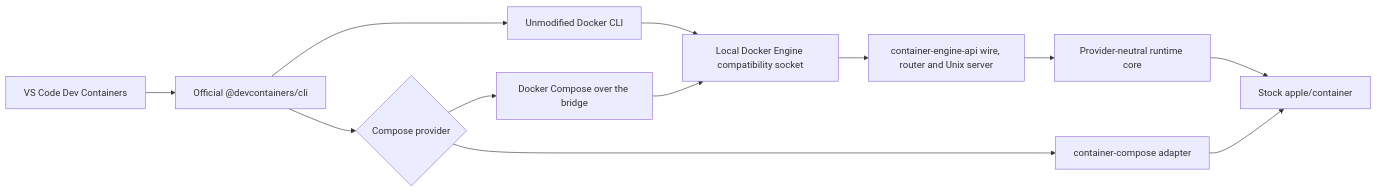
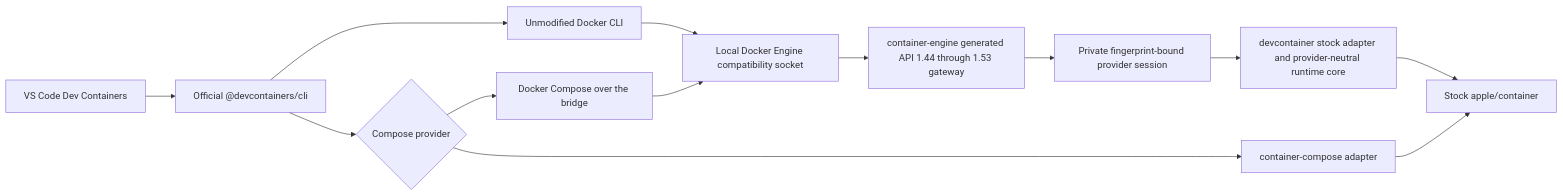
The diagram in README.md (stephenlclarke/devcontainer), drawn with Mermaid before and after one commit. The commit also changed other lines of this file and 10 other files, not shown here.

Commit message:
feat(engine): expose stock provider session

````diff
--- a/README.md
+++ b/README.md
@@ -62,14 +62,15 @@
 ```mermaid
 flowchart LR
     VS["VS Code Dev Containers"] --> DC["Official @devcontainers/cli"]
     DC --> Docker["Unmodified Docker CLI"]
     Docker --> API["Local Docker Engine compatibility socket"]
-    API --> Shared["container-engine-api wire, router and Unix server"]
-    Shared --> Core["Provider-neutral runtime core"]
+    API --> Shared["container-engine generated API 1.44 through 1.53 gateway"]
+    Shared --> Session["Private fingerprint-bound provider session"]
+    Session --> Core["devcontainer stock adapter and provider-neutral runtime core"]
     Core --> Stock["Stock apple/container"]
     DC --> ComposeChoice{"Compose provider"}
     ComposeChoice --> DockerCompose["Docker Compose over the bridge"]
     ComposeChoice --> ContainerCompose["container-compose adapter"]
     DockerCompose --> API
     ContainerCompose --> Stock
 ```
````
